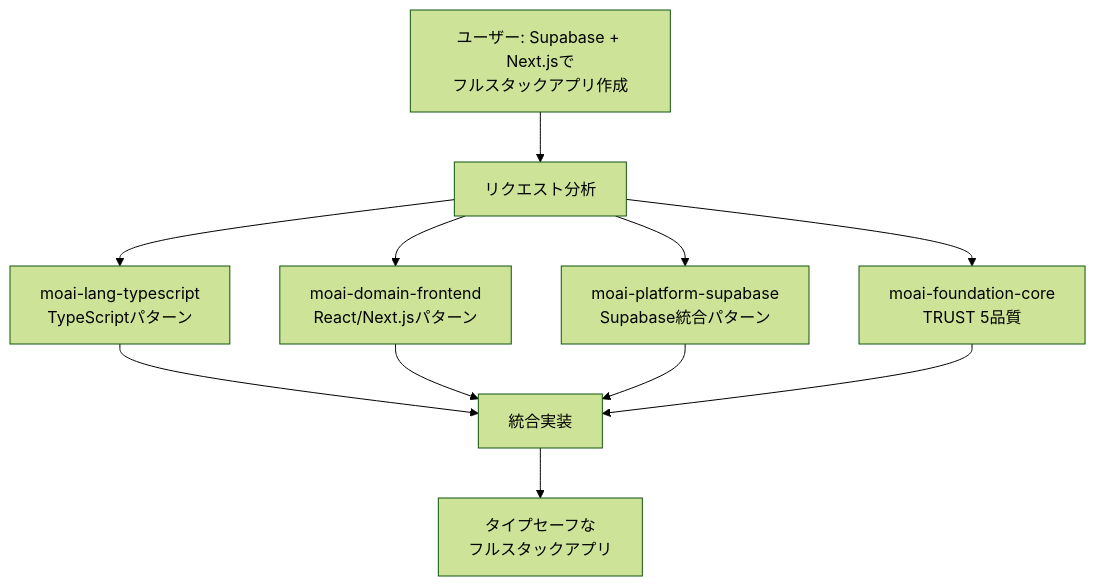
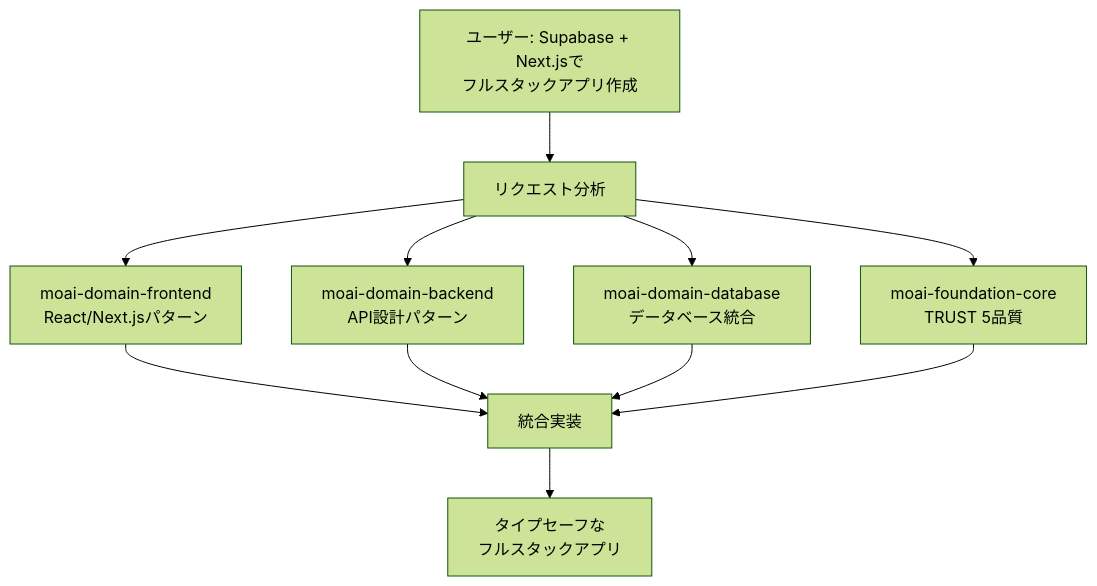
One commit to modu-ai/moai-adk changed the fourth of 4 diagrams in docs-site/content/ja/advanced/skill-guide.md. Above: the diagram before and after it, drawn with Mermaid (forest theme). The commit also changed other lines of this file and 19 other files, not shown here.

````diff
--- a/docs-site/content/ja/advanced/skill-guide.md
+++ b/docs-site/content/ja/advanced/skill-guide.md
@@ -348,16 +317,16 @@
 ```mermaid
 flowchart TD
     REQ["ユーザー: Supabase + Next.jsで<br/>フルスタックアプリ作成"] --> ANALYZE[リクエスト分析]
 
-    ANALYZE --> S1["moai-lang-typescript<br/>TypeScriptパターン"]
-    ANALYZE --> S2["moai-domain-frontend<br/>React/Next.jsパターン"]
-    ANALYZE --> S3["moai-platform-supabase<br/>Supabase統合パターン"]
+    ANALYZE --> S1["moai-domain-frontend<br/>React/Next.jsパターン"]
+    ANALYZE --> S2["moai-domain-backend<br/>API設計パターン"]
+    ANALYZE --> S3["moai-domain-database<br/>データベース統合"]
     ANALYZE --> S4["moai-foundation-core<br/>TRUST 5品質"]
 
     S1 --> IMPL[統合実装]
     S2 --> IMPL
     S3 --> IMPL
     S4 --> IMPL
 
     IMPL --> RESULT["タイプセーフな<br/>フルスタックアプリ"]
 ```
````
